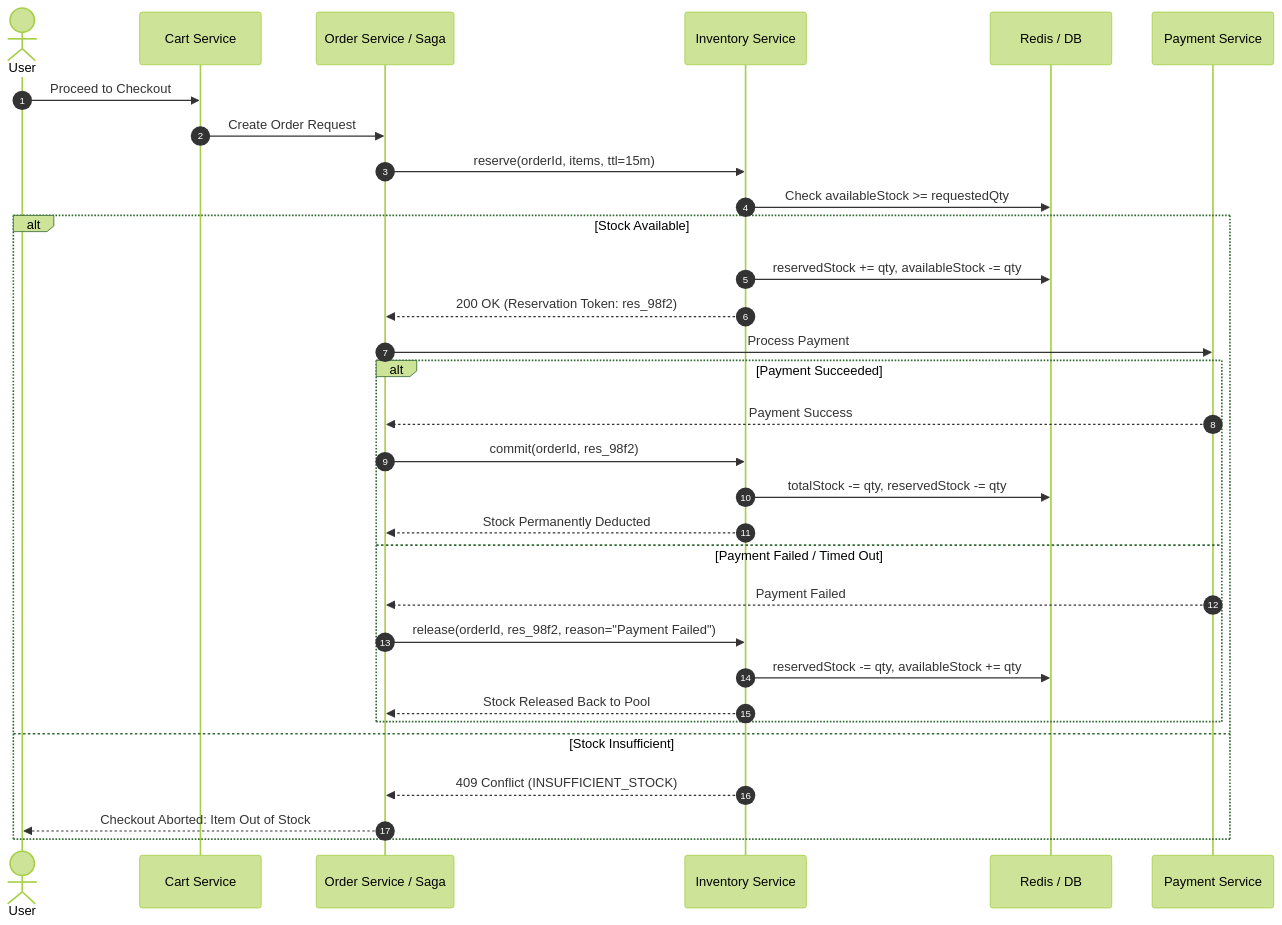
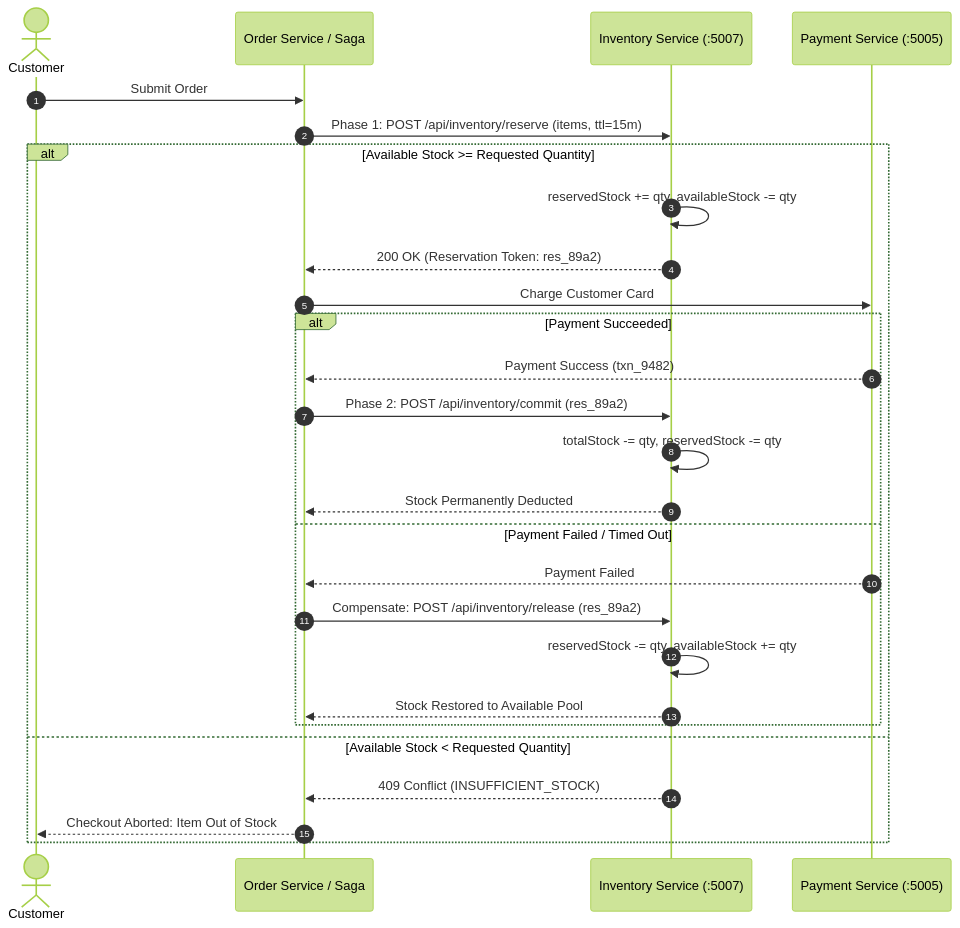
One commit to Next-Gen-Coder-2007/E-Commerce changed the third of 6 diagrams in README.md. Above: the diagram before and after it, drawn with Mermaid (forest theme). The commit also changed other lines of this file and 5 other files, not shown here.

````diff
--- a/README.md
+++ b/README.md
@@ -233,34 +193,30 @@
 ```mermaid
 sequenceDiagram
     autonumber
-    actor User
-    participant Cart as Cart Service
+    actor Customer
     participant Order as Order Service / Saga
-    participant Inventory as Inventory Service
-    participant Redis as Redis / DB
-    participant Payment as Payment Service
+    participant Inventory as Inventory Service (:5007)
+    participant Payment as Payment Service (:5005)
 
-    User->>Cart: Proceed to Checkout
-    Cart->>Order: Create Order Request
-    Order->>Inventory: reserve(orderId, items, ttl=15m)
-    Inventory->>Redis: Check availableStock >= requestedQty
-    alt Stock Available
-        Inventory->>Redis: reservedStock += qty, availableStock -= qty
-        Inventory-->>Order: 200 OK (Reservation Token: res_98f2)
-        Order->>Payment: Process Payment
+    Customer->>Order: Submit Order
+    Order->>Inventory: Phase 1: POST /api/inventory/reserve (items, ttl=15m)
+    alt Available Stock >= Requested Quantity
+        Inventory->>Inventory: reservedStock += qty, availableStock -= qty
+        Inventory-->>Order: 200 OK (Reservation Token: res_89a2)
+        Order->>Payment: Charge Customer Card
         alt Payment Succeeded
-            Payment-->>Order: Payment Success
-            Order->>Inventory: commit(orderId, res_98f2)
-            Inventory->>Redis: totalStock -= qty, reservedStock -= qty
+            Payment-->>Order: Payment Success (txn_9482)
+            Order->>Inventory: Phase 2: POST /api/inventory/commit (res_89a2)
+            Inventory->>Inventory: totalStock -= qty, reservedStock -= qty
             Inventory-->>Order: Stock Permanently Deducted
         else Payment Failed / Timed Out
             Payment-->>Order: Payment Failed
-            Order->>Inventory: release(orderId, res_98f2, reason="Payment Failed")
-            Inventory->>Redis: reservedStock -= qty, availableStock += qty
-            Inventory-->>Order: Stock Released Back to Pool
+            Order->>Inventory: Compensate: POST /api/inventory/release (res_89a2)
+            Inventory->>Inventory: reservedStock -= qty, availableStock += qty
+            Inventory-->>Order: Stock Restored to Available Pool
         end
-    else Stock Insufficient
+    else Available Stock < Requested Quantity
         Inventory-->>Order: 409 Conflict (INSUFFICIENT_STOCK)
-        Order-->>User: Checkout Aborted: Item Out of Stock
+        Order-->>Customer: Checkout Aborted: Item Out of Stock
     end
 ```
````
